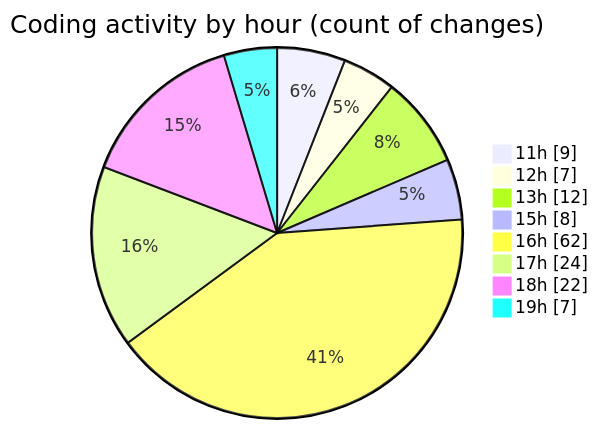
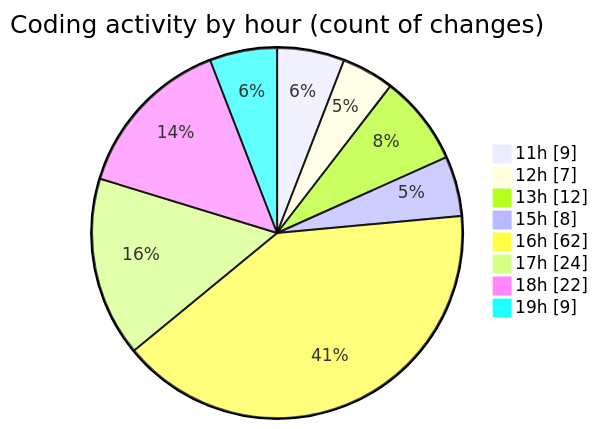
Before and after one commit to EIIisD/code-tracking: the second of 2 diagrams in 2025-08-07/ribbon/README.md, drawn with Mermaid. The commit also changed other lines of this file and 1 other file, not shown here.

````diff
--- a/2025-08-07/ribbon/README.md
+++ b/2025-08-07/ribbon/README.md
@@ -49,12 +49,12 @@
 ```mermaid
 pie showData
 title Coding activity by hour (count of changes)
 "11h" : 9
 "12h" : 7
 "13h" : 12
 "15h" : 8
 "16h" : 62
 "17h" : 24
 "18h" : 22
-"19h" : 7
+"19h" : 9
 ```
````
